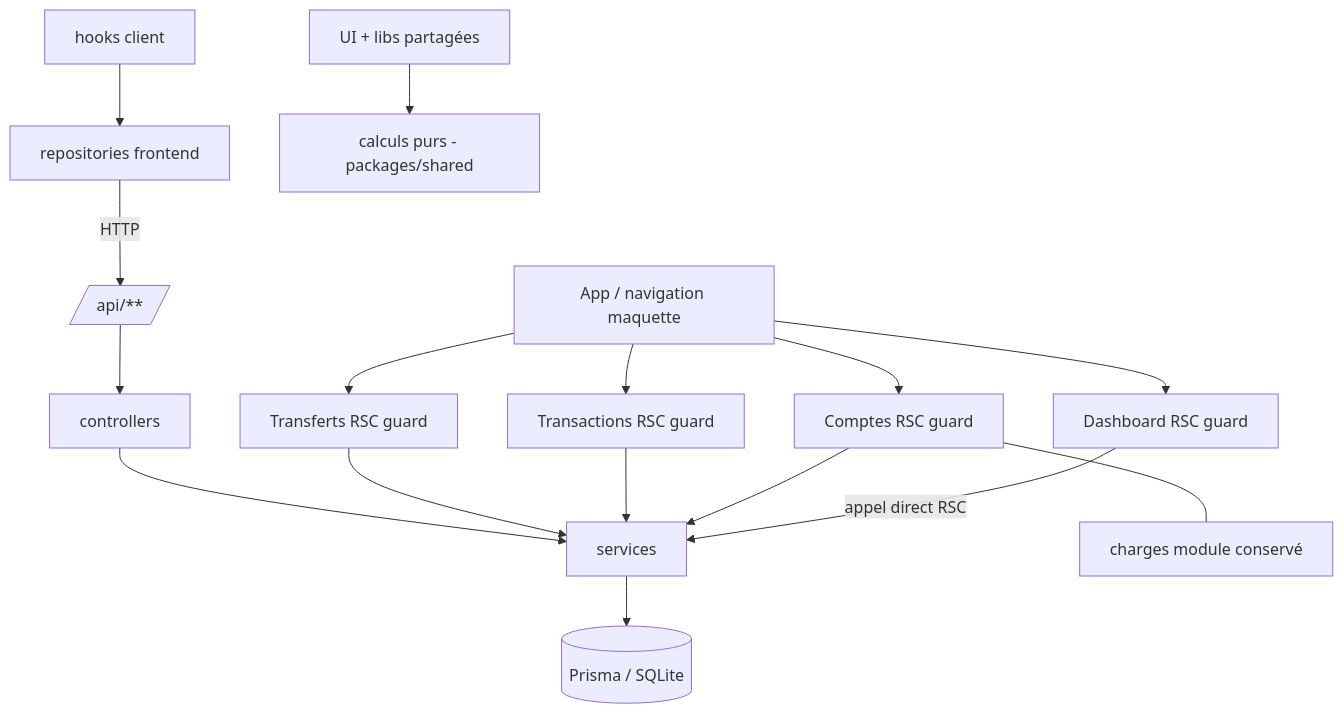
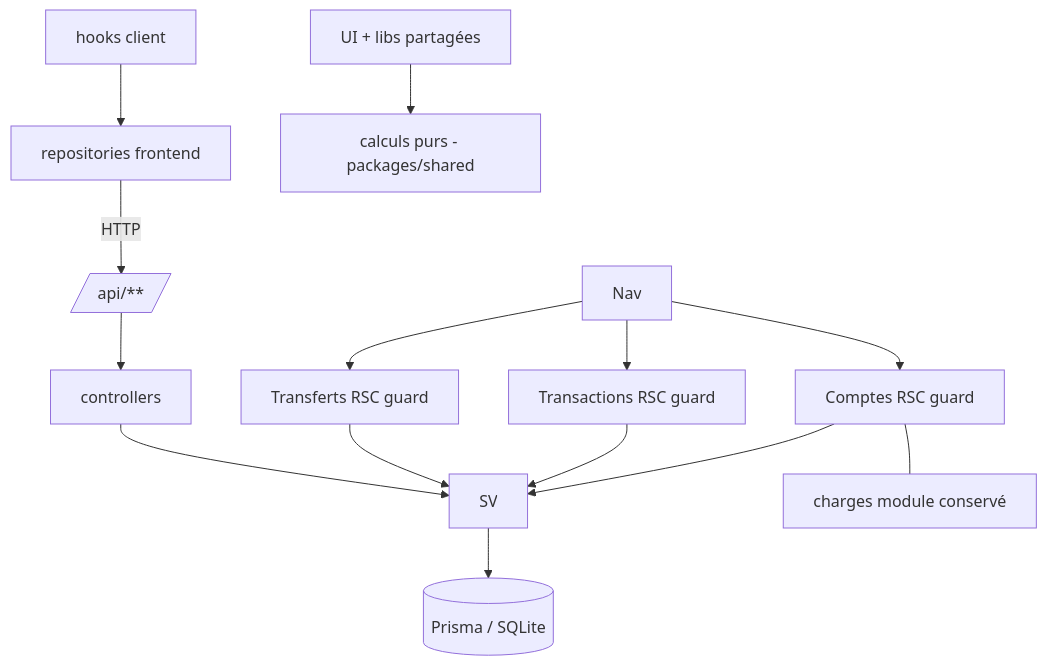
Before and after one commit to Anco91/mbongo: the diagram in docs/specs/m1-poc/SPEC.md, drawn with Mermaid. The commit also changed other lines of this file, not shown here.

````diff
--- a/docs/specs/m1-poc/SPEC.md
+++ b/docs/specs/m1-poc/SPEC.md
@@ -126,18 +126,16 @@
 ```mermaid
 graph TD
-    Nav[App / navigation maquette] --> DX[Dashboard RSC guard]
     Nav --> AC[Comptes RSC guard]
     Nav --> TX[Transactions RSC guard]
     Nav --> TR[Transferts RSC guard]
-    DX -->|appel direct RSC| SV[services]
     AC --> SV
     TX --> SV
     TR --> SV
     CL[hooks client] --> RP[repositories frontend]
     RP -->|HTTP| BR[/api/**/]
     BR --> CT[controllers]
     CT --> SV
     SV --> PR[(Prisma / SQLite)]
     UI[UI + libs partagées] --> DM[calculs purs - packages/shared]
     AC --- CH[charges module conservé]
 ```
````
